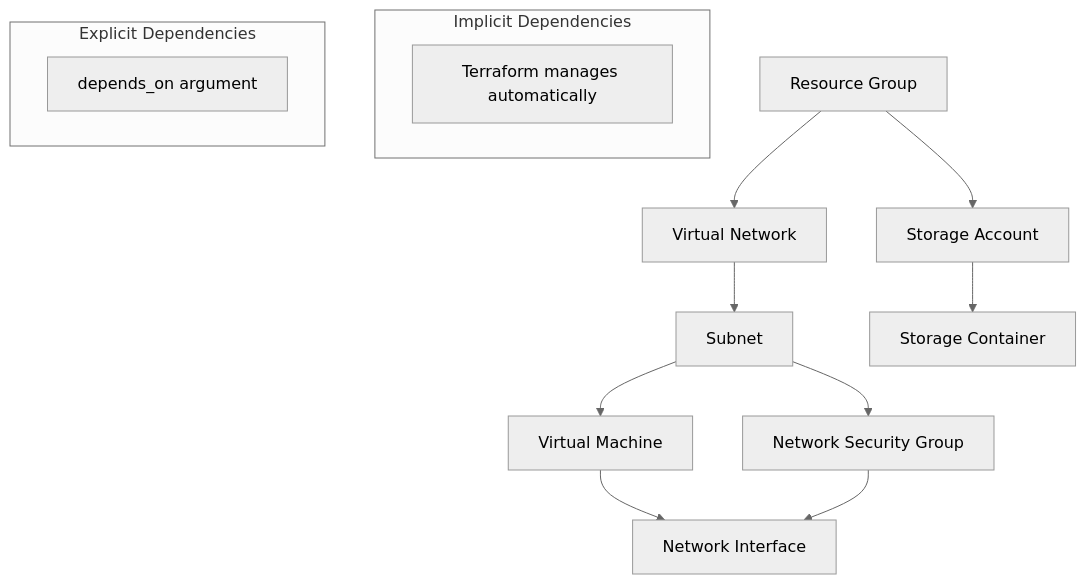
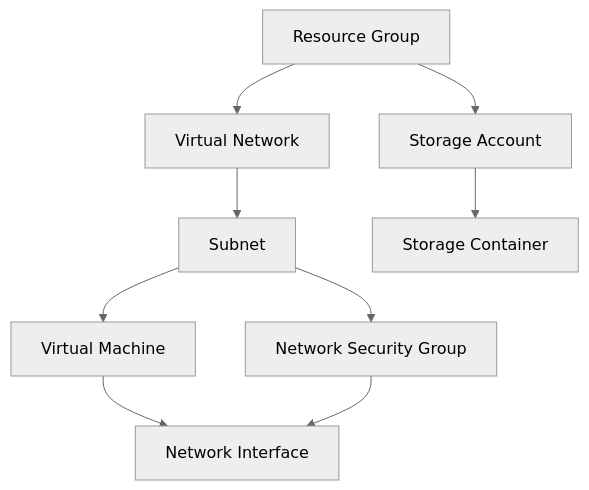
One commit to lrivallain/ms-alz-workshop changed the ninth of 10 diagrams in docs/Workshop-1-Modern-DevOps-IaC-Essentials/content/04-terraform-basics.md. Above: the diagram before and after it, drawn with Mermaid (neutral theme). The commit also changed other lines of this file and 3 other files, not shown here.

````diff
--- a/docs/Workshop-1-Modern-DevOps-IaC-Essentials/content/04-terraform-basics.md
+++ b/docs/Workshop-1-Modern-DevOps-IaC-Essentials/content/04-terraform-basics.md
@@ -516,19 +513,11 @@
 ```mermaid
 graph TB
     A[Resource Group] --> B[Virtual Network]
     A --> C[Storage Account]
     B --> D[Subnet]
     D --> E[Network Security Group]
     D --> F[Virtual Machine]
     C --> G[Storage Container]
     F --> H[Network Interface]
     E --> H
-
-    subgraph "Implicit Dependencies"
-        I[Terraform manages automatically]
-    end
-
-    subgraph "Explicit Dependencies"
-        J[depends_on argument]
-    end
 ```
````
